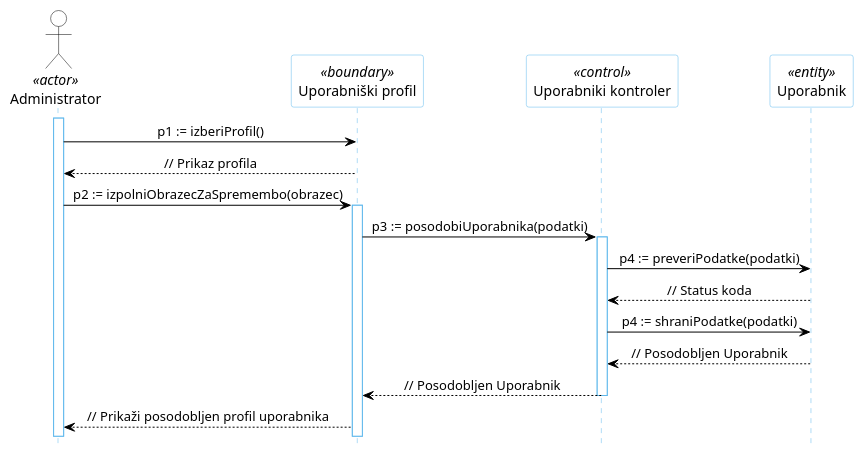
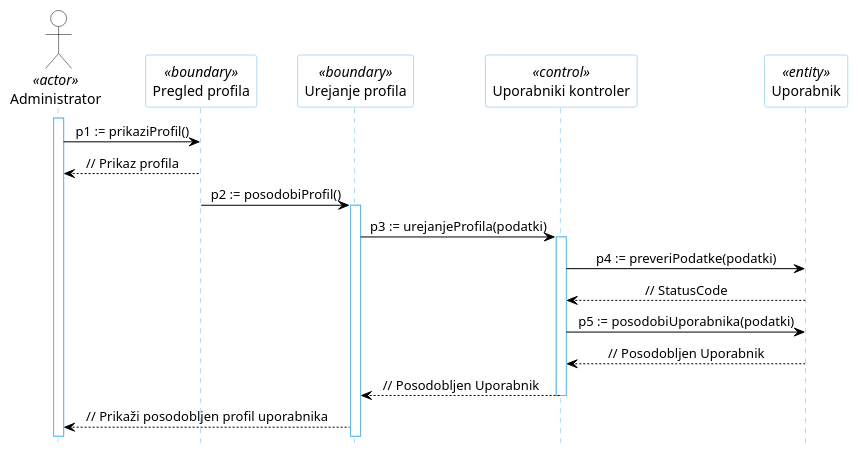
Before and after one commit to kupinah/test-tpo: the diagram in docs/gradivo/plantuml/DZ/05b.puml, drawn with PlantUML. The commit also changed 36 other files, not shown here.

```diff
--- a/docs/gradivo/plantuml/DZ/05b.puml
+++ b/docs/gradivo/plantuml/DZ/05b.puml
@@ -1,33 +1,34 @@
 @startuml
 hide footbox
 
 skinparam backgroundcolor transparent
 skinparam defaultTextAlignment center
 skinparam actorBorderColor black
 skinparam actorBackgroundColor white
 skinparam arrowColor black
 skinparam sequenceLifeLineBorderColor #5FB8EC
 skinparam sequenceParticipantBorderColor #5FB8EC
 skinparam sequenceParticipantBackgroundColor white
 
 actor "Administrator" AS U1 <<actor>>
 
-participant "Uporabniški profil" as R5 <<boundary>>
+participant "Pregled profila" as R6 <<boundary>>
+participant "Urejanje profila" as R5 <<boundary>>
 participant "Uporabniki kontroler" as R2 <<control>>
 participant "Uporabnik" as R4 <<entity>>
 
 activate U1
-U1 -> R5: p1 := izberiProfil()
-R5 --> U1: // Prikaz profila
-U1 -> R5: p2 := izpolniObrazecZaSpremembo(obrazec)
+U1 -> R6: p1 := prikaziProfil()
+R6 --> U1: // Prikaz profila
+R6 -> R5: p2 := posodobiProfil()
 activate R5
-R5 -> R2: p3 := posodobiUporabnika(podatki)
+R5 -> R2: p3 := urejanjeProfila(podatki)
 activate R2
 R2 -> R4: p4 := preveriPodatke(podatki)
-R4 --> R2: // Status koda
-R2 -> R4: p4 := shraniPodatke(podatki)
+R4 --> R2: // StatusCode
+R2 -> R4: p5 := posodobiUporabnika(podatki)
 R4 --> R2: // Posodobljen Uporabnik
 R2 --> R5: // Posodobljen Uporabnik
 deactivate R2
 R5 --> U1: // Prikaži posodobljen profil uporabnika
 @enduml
```
